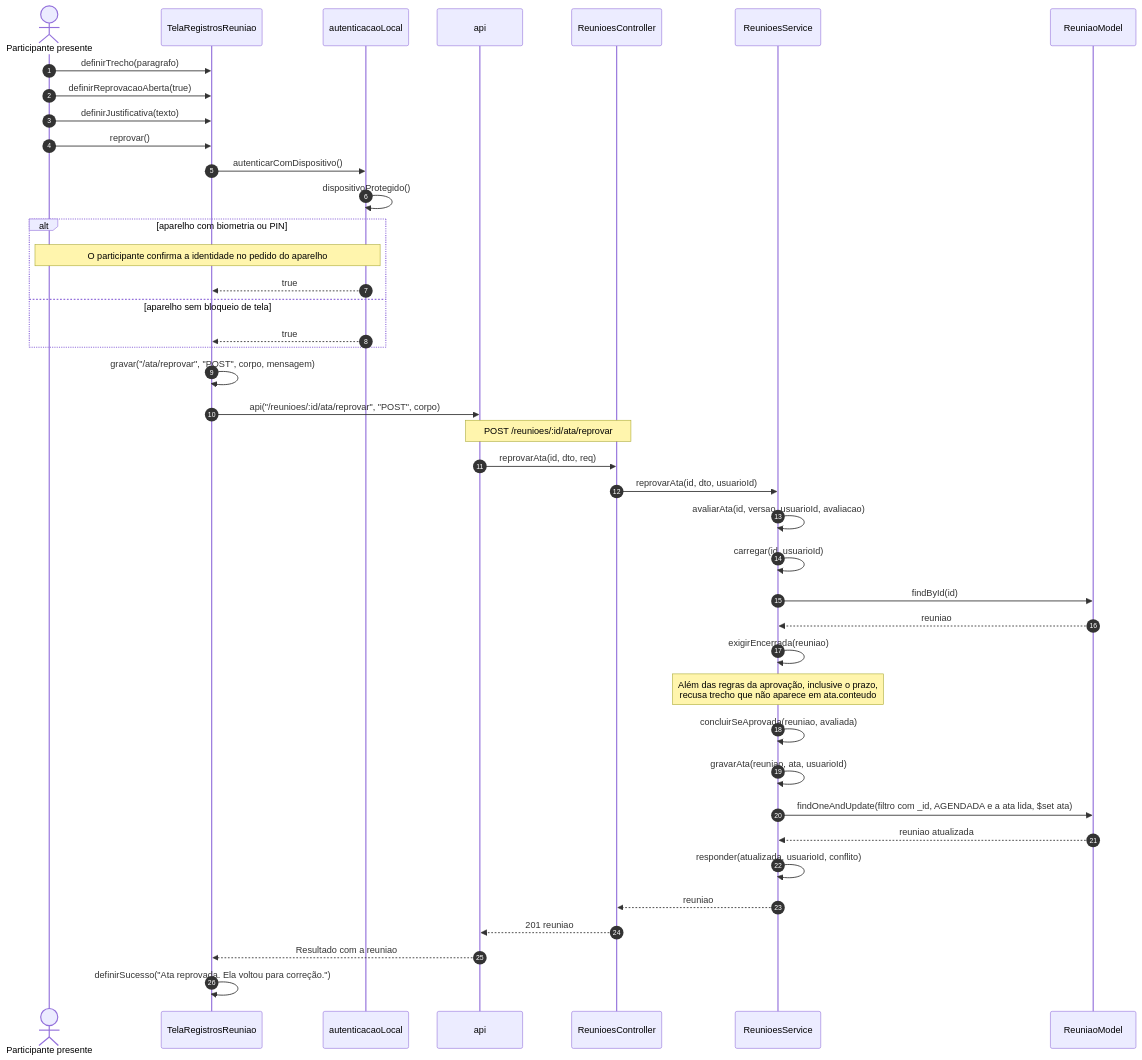
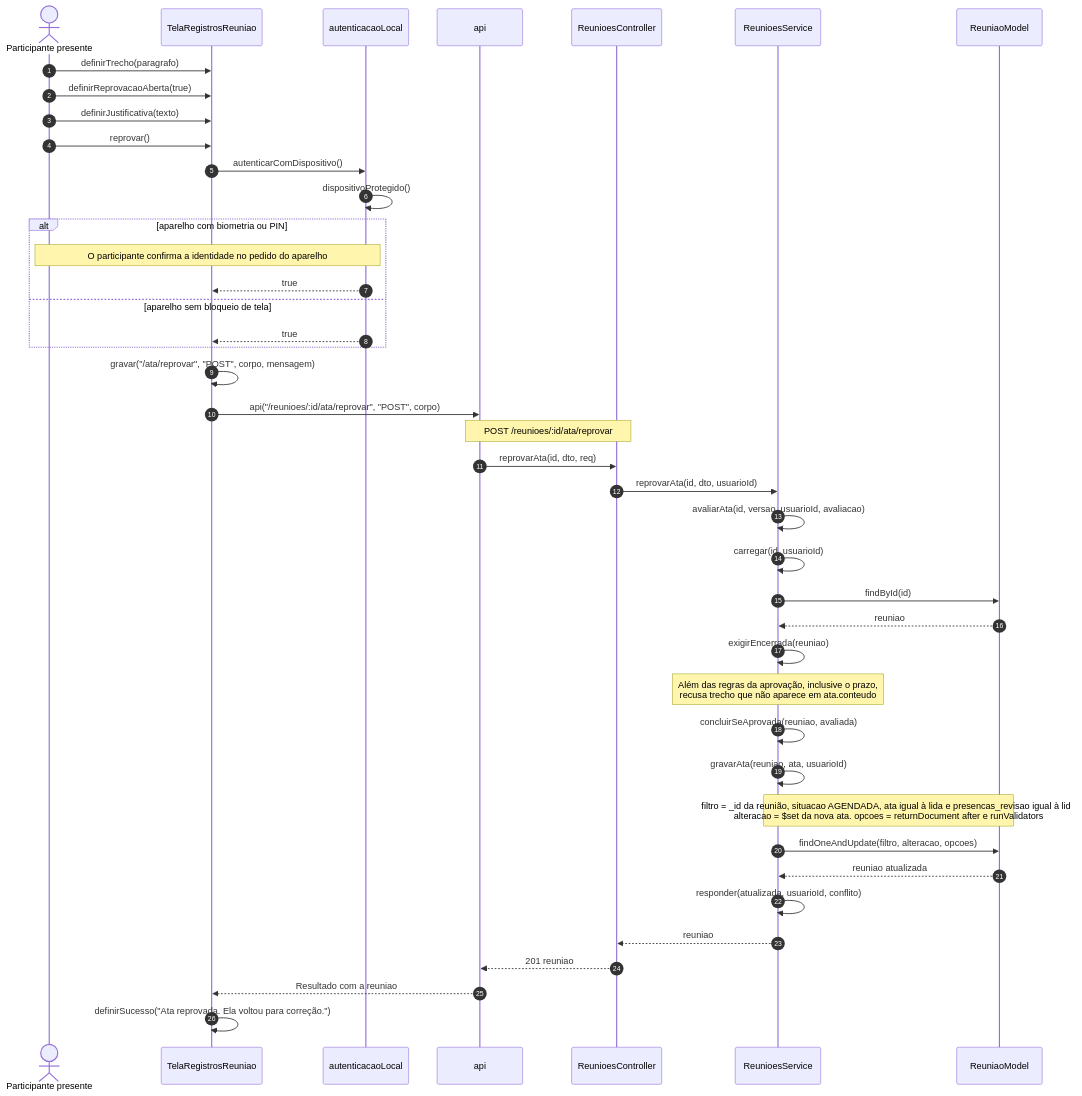
One commit to Conecta-IFSP/DOCUMENTATION changed the fifth of 9 diagrams in 4 - Incremento3/atas/6 - diagramas-sequencia-atas.md. Above: the diagram before and after it, drawn with Mermaid. The commit also changed other lines of this file, not shown here.

````diff
--- a/4 - Incremento3/atas/6 - diagramas-sequencia-atas.md
+++ b/4 - Incremento3/atas/6 - diagramas-sequencia-atas.md
@@ -172,43 +179,44 @@
 ```mermaid
 sequenceDiagram
     autonumber
     actor U as Participante presente
     participant T as TelaRegistrosReuniao
     participant L as autenticacaoLocal
     participant A as api
     participant C as ReunioesController
     participant S as ReunioesService
     participant M as ReuniaoModel
     U->>T: definirTrecho(paragrafo)
     U->>T: definirReprovacaoAberta(true)
     U->>T: definirJustificativa(texto)
     U->>T: reprovar()
     T->>L: autenticarComDispositivo()
     L->>L: dispositivoProtegido()
     alt aparelho com biometria ou PIN
         Note over U,L: O participante confirma a identidade no pedido do aparelho
         L-->>T: true
     else aparelho sem bloqueio de tela
         L-->>T: true
     end
     T->>T: gravar("/ata/reprovar", "POST", corpo, mensagem)
     T->>A: api("/reunioes/:id/ata/reprovar", "POST", corpo)
     Note over A,C: POST /reunioes/:id/ata/reprovar
     A->>C: reprovarAta(id, dto, req)
     C->>S: reprovarAta(id, dto, usuarioId)
     S->>S: avaliarAta(id, versao, usuarioId, avaliacao)
     S->>S: carregar(id, usuarioId)
     S->>M: findById(id)
     M-->>S: reuniao
     S->>S: exigirEncerrada(reuniao)
     Note over S: Além das regras da aprovação, inclusive o prazo,<br/>recusa trecho que não aparece em ata.conteudo
     S->>S: concluirSeAprovada(reuniao, avaliada)
     S->>S: gravarAta(reuniao, ata, usuarioId)
-    S->>M: findOneAndUpdate(filtro com _id, AGENDADA e a ata lida, $set ata)
+    Note over S,M: filtro = _id da reunião, situacao AGENDADA, ata igual à lida e presencas_revisao igual à lida<br/>alteracao = $set da nova ata. opcoes = returnDocument after e runValidators
+    S->>M: findOneAndUpdate(filtro, alteracao, opcoes)
     M-->>S: reuniao atualizada
     S->>S: responder(atualizada, usuarioId, conflito)
     S-->>C: reuniao
     C-->>A: 201 reuniao
     A-->>T: Resultado com a reuniao
     T->>T: definirSucesso("Ata reprovada. Ela voltou para correção.")
 ```
````
